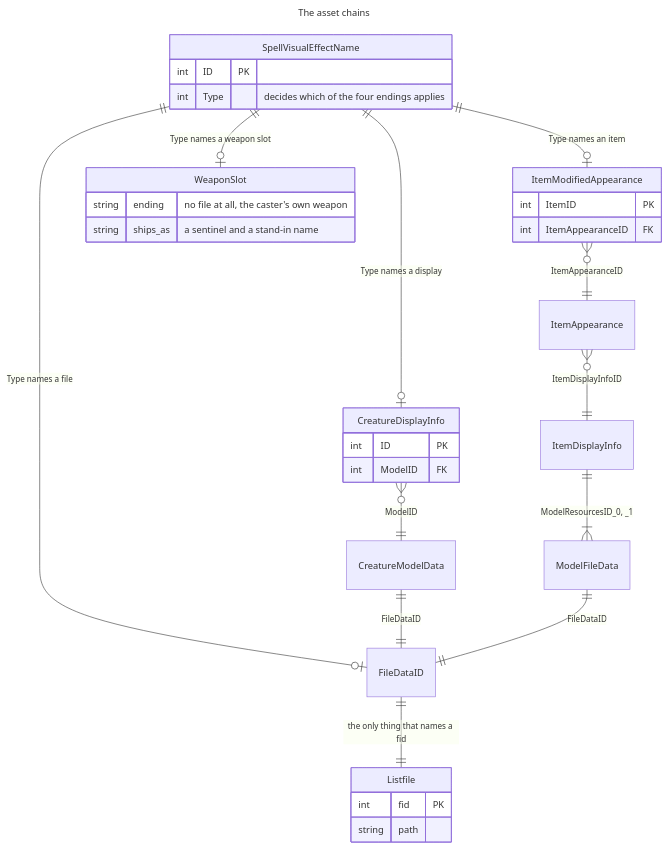
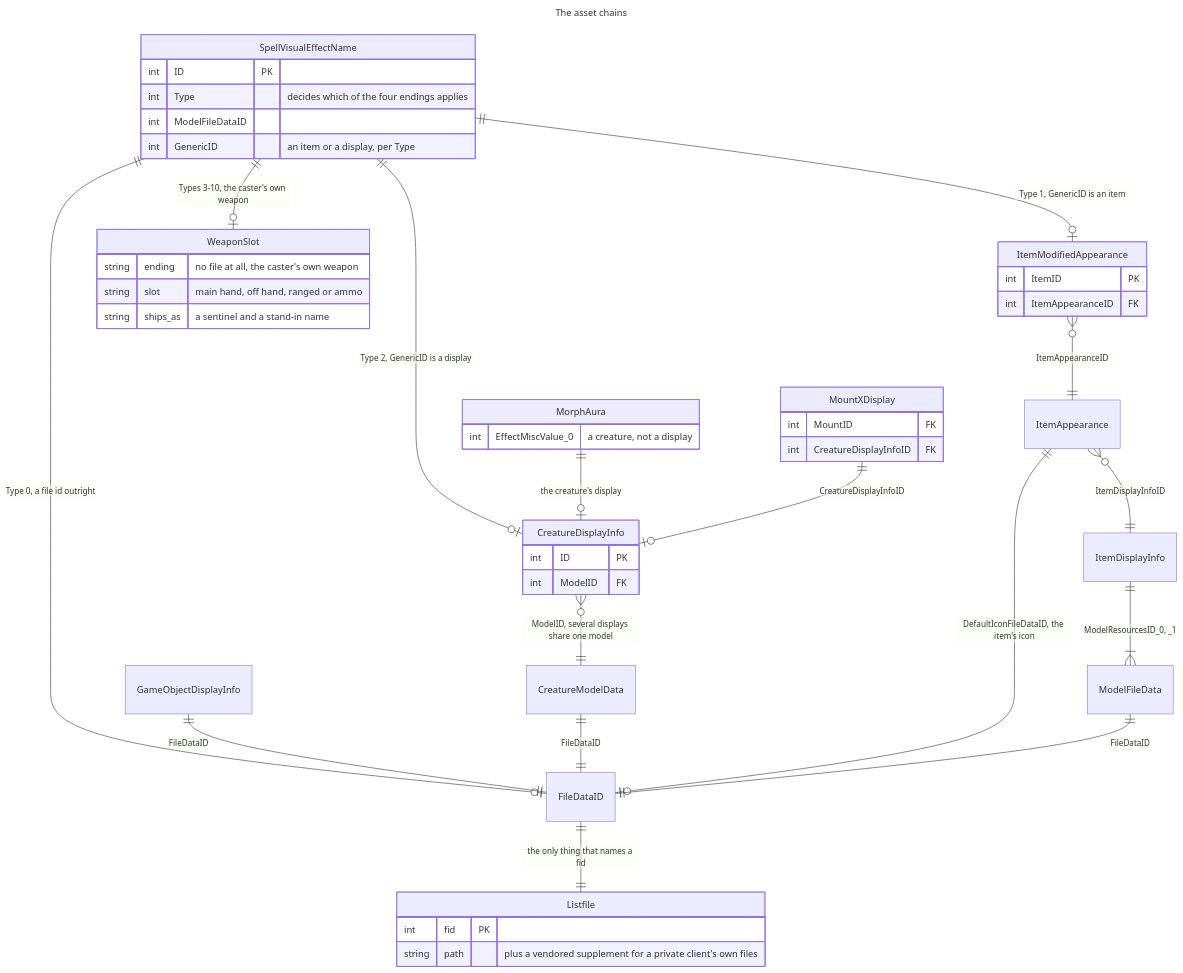
The fifth of 12 diagrams in docs/DATA_ROUTES.md (Natans8/Epsilook), drawn with Mermaid before and after one commit. The commit also changed other lines of this file, not shown here.

````diff
--- a/docs/DATA_ROUTES.md
+++ b/docs/DATA_ROUTES.md
@@ -360,46 +437,60 @@
 ```mermaid
 ---
 title: The asset chains
 ---
 erDiagram
     accTitle: The asset chains
     accDescr {
-      An effect name's Type selects one of four endings. One is a file id directly, two are
-      chains of joins that arrive at one, and the fourth names no asset at all. Every file id is
-      named by the community listfile.
+    An effect name's Type selects one of four endings: a file id directly, a creature
+    display, an item, or a weapon slot that names no asset at all. Two more routes enter the
+    same graph without going through an effect name — a mount and a spawned gameobject — and
+    CreatureModelData is where three of the chains converge. Every file id that survives is
+    named by the community listfile.
     }
-
-    SpellVisualEffectName ||--o| FileDataID : "Type names a file"
-    SpellVisualEffectName ||--o| CreatureDisplayInfo : "Type names a display"
-    SpellVisualEffectName ||--o| ItemModifiedAppearance : "Type names an item"
-    SpellVisualEffectName ||--o| WeaponSlot : "Type names a weapon slot"
-
-    CreatureDisplayInfo }o--|| CreatureModelData : "ModelID"
-    CreatureModelData ||--|| FileDataID : "FileDataID"
-    ItemModifiedAppearance }o--|| ItemAppearance : "ItemAppearanceID"
-    ItemAppearance }o--|| ItemDisplayInfo : "ItemDisplayInfoID"
-    ItemDisplayInfo ||--|{ ModelFileData : "ModelResourcesID_0, _1"
-    ModelFileData ||--|| FileDataID : "FileDataID"
-    FileDataID ||--|| Listfile : "the only thing that names a fid"
+    SpellVisualEffectName ||--o| FileDataID:"Type 0, a file id outright"
+    SpellVisualEffectName ||--o| CreatureDisplayInfo:"Type 2, GenericID is a display"
+    SpellVisualEffectName ||--o| ItemModifiedAppearance:"Type 1, GenericID is an item"
+    SpellVisualEffectName ||--o| WeaponSlot:"Types 3-10, the caster's own weapon"
+    MorphAura ||--o| CreatureDisplayInfo:"the creature's display"
+    MountXDisplay ||--o| CreatureDisplayInfo:"CreatureDisplayInfoID"
+    GameObjectDisplayInfo ||--|| FileDataID:"FileDataID"
+    CreatureDisplayInfo }o--|| CreatureModelData:"ModelID, several displays share one model"
+    CreatureModelData ||--|| FileDataID:"FileDataID"
+    ItemModifiedAppearance }o--|| ItemAppearance:"ItemAppearanceID"
+    ItemAppearance }o--|| ItemDisplayInfo:"ItemDisplayInfoID"
+    ItemAppearance ||--o| FileDataID:"DefaultIconFileDataID, the item's icon"
+    ItemDisplayInfo ||--|{ ModelFileData:"ModelResourcesID_0, _1"
+    ModelFileData ||--|| FileDataID:"FileDataID"
+    FileDataID ||--|| Listfile:"the only thing that names a fid"
 
     SpellVisualEffectName {
         int ID PK
-        int Type "decides which of the four endings applies"
+        int Type"decides which of the four endings applies"
+        int ModelFileDataID
+        int GenericID"an item or a display, per Type"
     }
     CreatureDisplayInfo {
         int ID PK
         int ModelID FK
     }
     ItemModifiedAppearance {
         int ItemID PK
         int ItemAppearanceID FK
     }
+    MorphAura {
+        int EffectMiscValue_0"a creature, not a display"
+    }
+    MountXDisplay {
+        int MountID FK
+        int CreatureDisplayInfoID FK
+    }
     WeaponSlot {
-        string ending "no file at all, the caster's own weapon"
-        string ships_as "a sentinel and a stand-in name"
+        string ending"no file at all, the caster's own weapon"
+        string slot"main hand, off hand, ranged or ammo"
+        string ships_as"a sentinel and a stand-in name"
     }
     Listfile {
         int fid PK
-        string path
+        string path"plus a vendored supplement for a private client's own files"
     }
 ```
````
